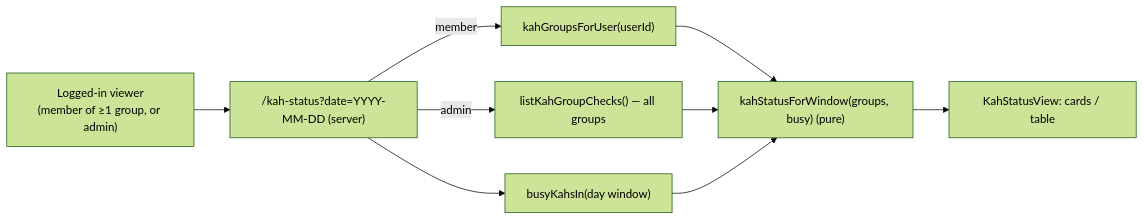
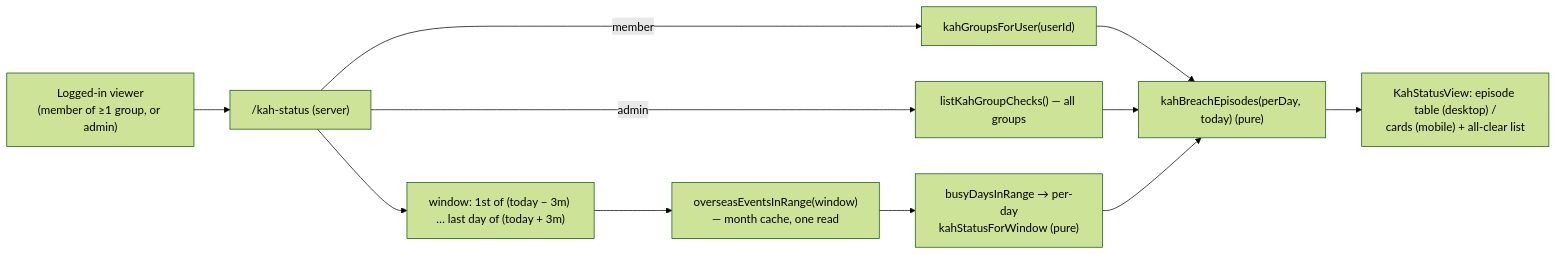
Before and after one commit to oncloudnintynineone-source/cloudy2: the fourth of 4 diagrams in docs/kah.md, drawn with Mermaid (forest theme). The commit also changed other lines of this file and 11 other files, not shown here.

Commit message:
KAH status: breach history & forecast over ±3 months (resolved/active/upcoming periods)

````diff
--- a/docs/kah.md
+++ b/docs/kah.md
@@ -200,11 +201,13 @@
 ```mermaid
 flowchart LR
-    U["Logged-in viewer<br/>(member of ≥1 group, or admin)"] --> P["/kah-status?date=YYYY-MM-DD (server)"]
+    U["Logged-in viewer<br/>(member of ≥1 group, or admin)"] --> P["/kah-status (server)"]
     P -- "member" --> G["kahGroupsForUser(userId)"]
     P -- "admin" --> A["listKahGroupChecks() — all groups"]
-    P --> B["busyKahsIn(day window)"]
-    G --> S["kahStatusForWindow(groups, busy) (pure)"]
-    A --> S
-    B --> S
-    S --> V[KahStatusView: cards / table]
+    P --> W["window: 1st of (today − 3m) … last day of (today + 3m)"]
+    W --> B["overseasEventsInRange(window)<br/>— month cache, one read"]
+    B --> D["busyDaysInRange → per-day<br/>kahStatusForWindow (pure)"]
+    G --> E["kahBreachEpisodes(perDay, today) (pure)"]
+    A --> E
+    D --> E
+    E --> V["KahStatusView: episode table (desktop) /<br/>cards (mobile) + all-clear list"]
 ```
````
